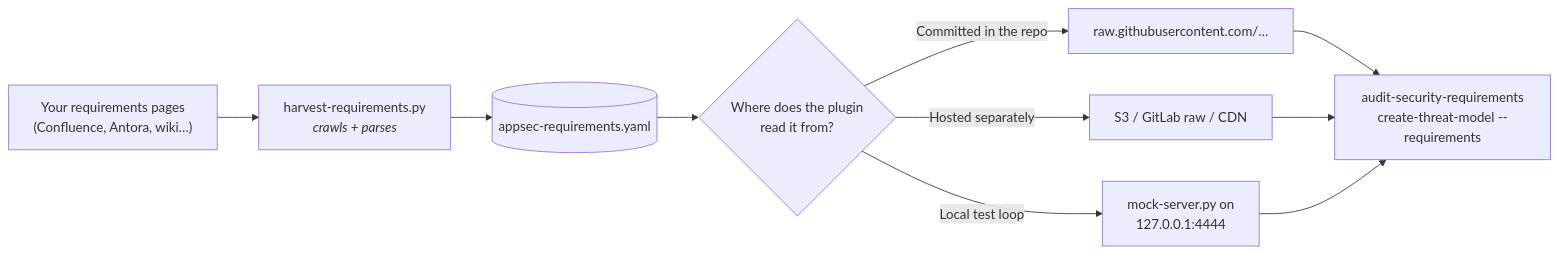
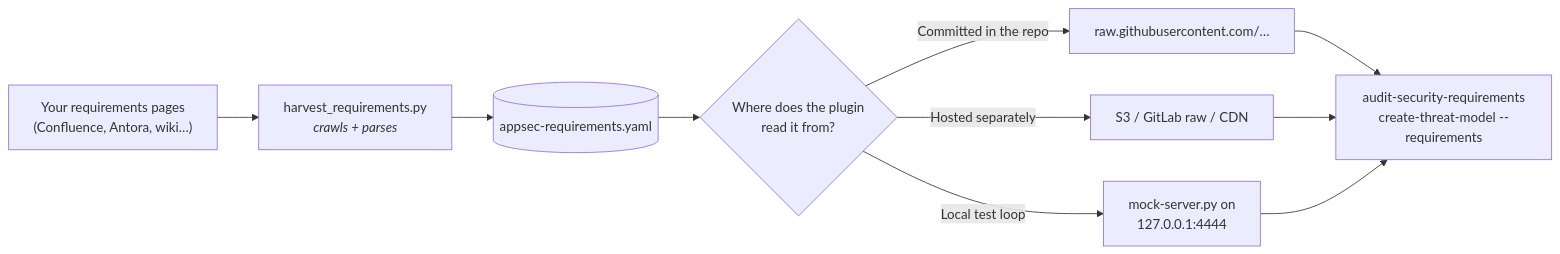
One commit to appsec-foundry/appsec-analyzer changed the diagram in docs/harvester.md. Above: the diagram before and after it, drawn with Mermaid. The commit also changed other lines of this file and 3 other files, not shown here.

First line of the commit message:
docs: MR-1 fix stale harvest-requirements.py references

````diff
--- a/docs/harvester.md
+++ b/docs/harvester.md
@@ -7,12 +7,12 @@
 ```mermaid
 flowchart LR
-    A["Your requirements pages<br/>(Confluence, Antora, wiki…)"] --> B["harvest-requirements.py<br/><i>crawls + parses</i>"]
+    A["Your requirements pages<br/>(Confluence, Antora, wiki…)"] --> B["harvest_requirements.py<br/><i>crawls + parses</i>"]
     B --> C[("appsec-requirements.yaml")]
     C --> D{"Where does the plugin<br/>read it from?"}
     D -->|"Committed in the repo"| E["raw.githubusercontent.com/…"]
     D -->|"Hosted separately"| F["S3 / GitLab raw / CDN"]
     D -->|"Local test loop"| G["mock-server.py on<br/>127.0.0.1:4444"]
     E --> H["audit-security-requirements<br/>create-threat-model --requirements"]
     F --> H
     G --> H
 ```
````
